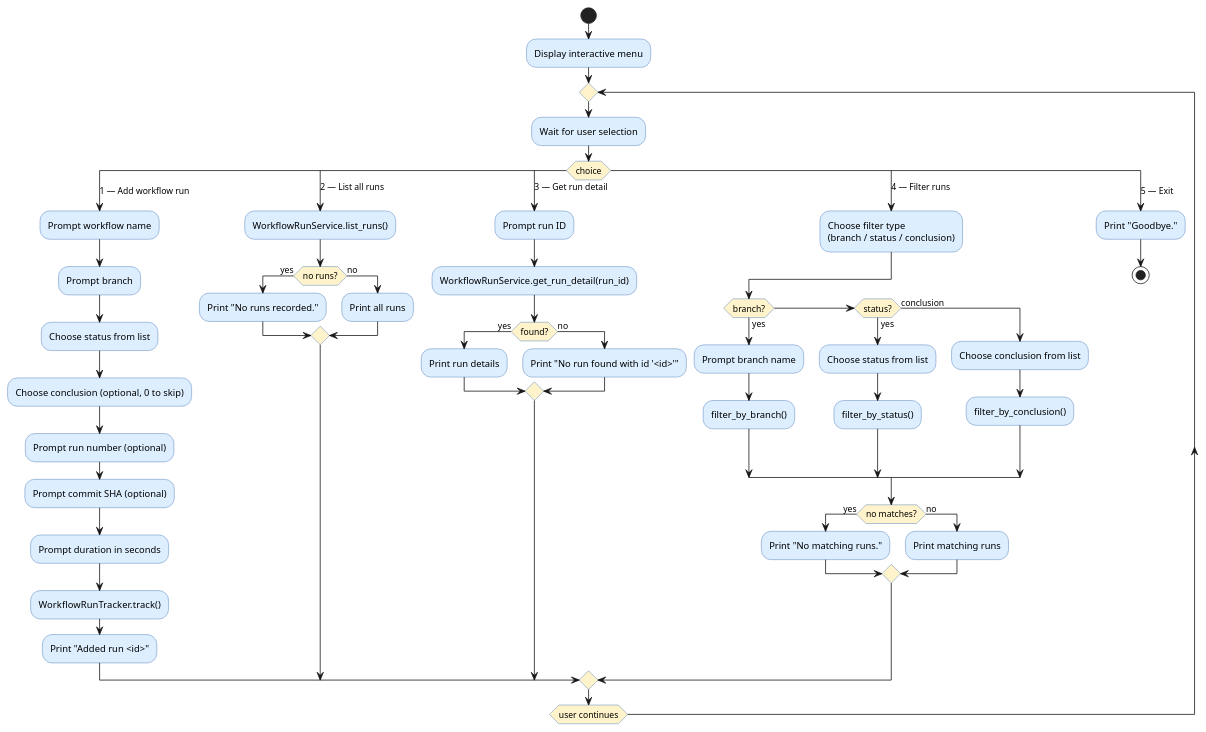
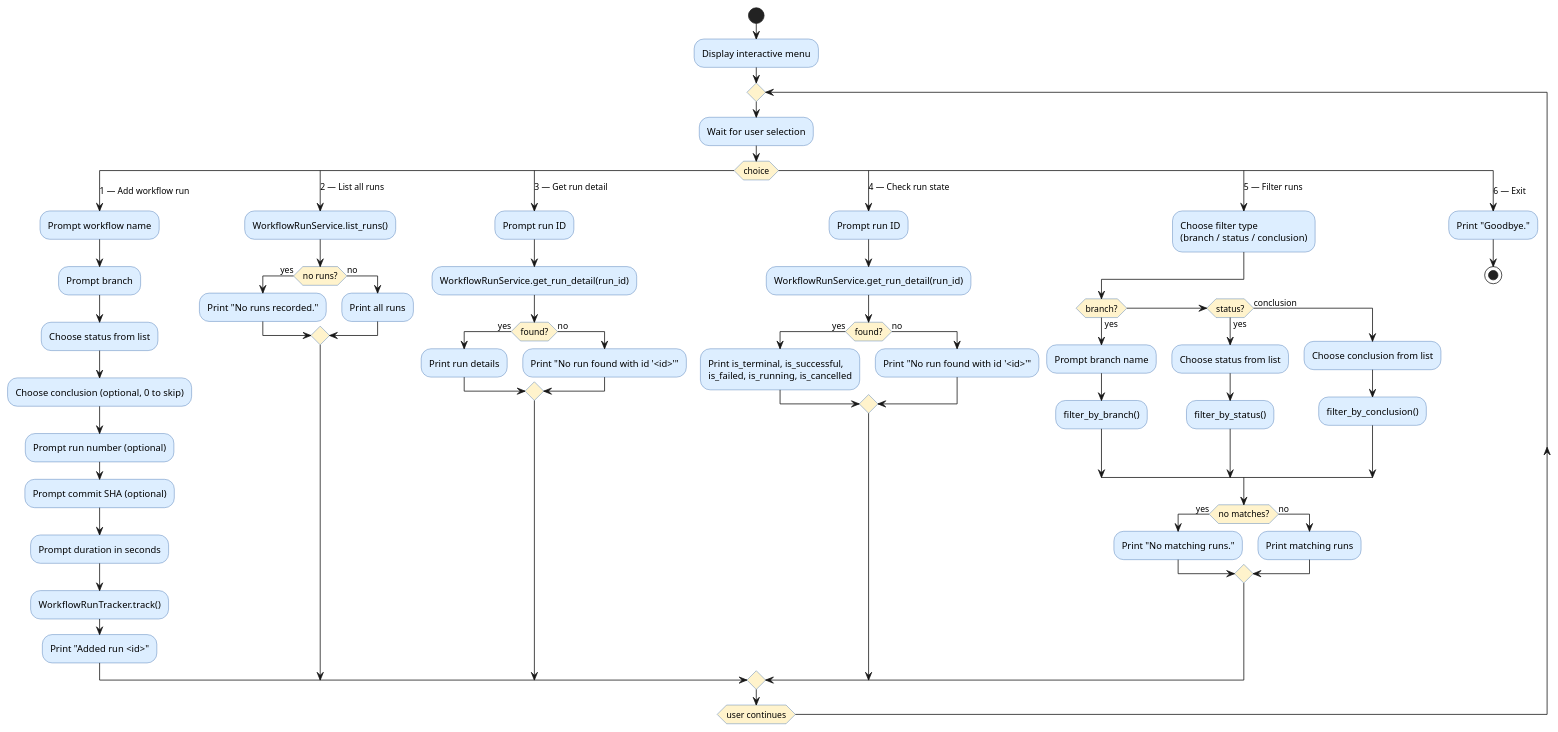
The diagram in experiments/pipeline/user_stories/github-workflow-manager/artifacts/activity_diagram_interactive.puml (DanielRiha8906/Software_autoevolution_using_agents), drawn with PlantUML before and after one commit. The commit also changed 10 other files, not shown here.

```diff
--- a/experiments/pipeline/user_stories/github-workflow-manager/artifacts/activity_diagram_interactive.puml
+++ b/experiments/pipeline/user_stories/github-workflow-manager/artifacts/activity_diagram_interactive.puml
@@ -1,71 +1,80 @@
 @startuml activity_diagram_interactive
 
 skinparam activityBackgroundColor #DDEEFF
 skinparam activityBorderColor     #3366AA
 skinparam activityDiamondBackgroundColor #FFF3CC
 
 start
 
 :Display interactive menu;
 
 repeat
 
   :Wait for user selection;
 
   switch (choice)
 
     case (1 — Add workflow run)
       :Prompt workflow name;
       :Prompt branch;
       :Choose status from list;
       :Choose conclusion (optional, 0 to skip);
       :Prompt run number (optional);
       :Prompt commit SHA (optional);
       :Prompt duration in seconds;
       :WorkflowRunTracker.track();
       :Print "Added run <id>";
 
     case (2 — List all runs)
       :WorkflowRunService.list_runs();
       if (no runs?) then (yes)
         :Print "No runs recorded.";
       else (no)
         :Print all runs;
       endif
 
     case (3 — Get run detail)
       :Prompt run ID;
       :WorkflowRunService.get_run_detail(run_id);
       if (found?) then (yes)
         :Print run details;
       else (no)
         :Print "No run found with id '<id>'";
       endif
 
-    case (4 — Filter runs)
+    case (4 — Check run state)
+      :Prompt run ID;
+      :WorkflowRunService.get_run_detail(run_id);
+      if (found?) then (yes)
+        :Print is_terminal, is_successful,\nis_failed, is_running, is_cancelled;
+      else (no)
+        :Print "No run found with id '<id>'";
+      endif
+
+    case (5 — Filter runs)
       :Choose filter type\n(branch / status / conclusion);
       if (branch?) then (yes)
         :Prompt branch name;
         :filter_by_branch();
       elseif (status?) then (yes)
         :Choose status from list;
         :filter_by_status();
       else (conclusion)
         :Choose conclusion from list;
         :filter_by_conclusion();
       endif
       if (no matches?) then (yes)
         :Print "No matching runs.";
       else (no)
         :Print matching runs;
       endif
 
-    case (5 — Exit)
+    case (6 — Exit)
       :Print "Goodbye.";
       stop
 
   endswitch
 
 repeat while (user continues)
 
 @enduml
```
